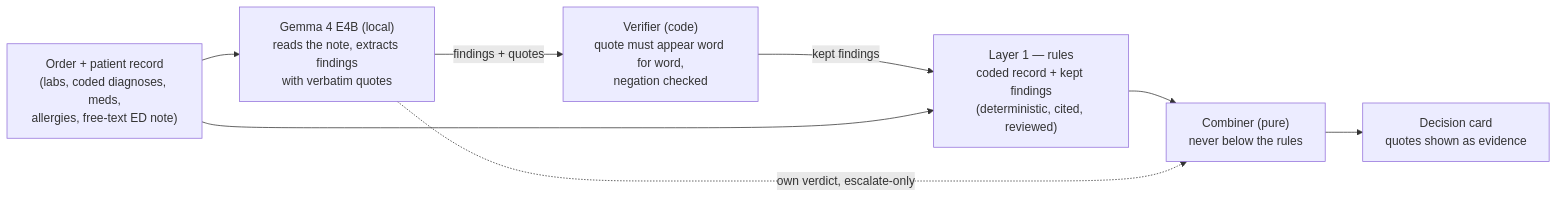
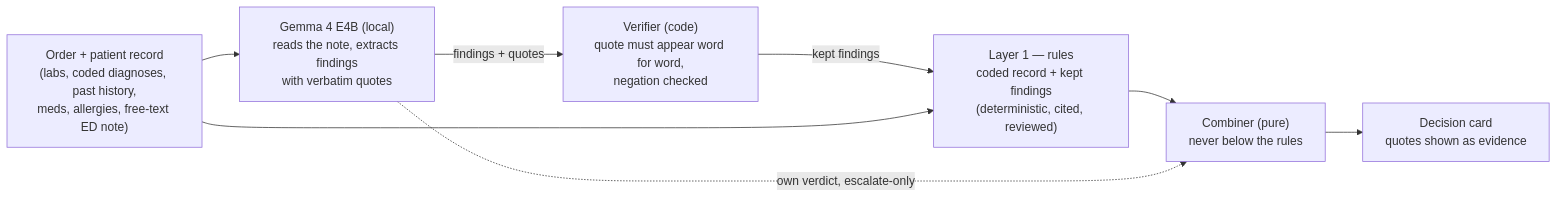
The diagram in README.md (adricasi/OpenMedCheck), drawn with Mermaid before and after one commit. The commit also changed other lines of this file and 1 other file, not shown here.

First line of the commit message:
docs: past medical history in README, post and progress (REQ-016)

````diff
--- a/README.md
+++ b/README.md
@@ -78,10 +85,10 @@
 ```mermaid
 flowchart LR
-    O["Order + patient record<br/>(labs, coded diagnoses, meds,<br/>allergies, free-text ED note)"] --> G
+    O["Order + patient record<br/>(labs, coded diagnoses, past history,<br/>meds, allergies, free-text ED note)"] --> G
     G["Gemma 4 E4B (local)<br/>reads the note, extracts findings<br/>with verbatim quotes"] -- findings + quotes --> V
     V["Verifier (code)<br/>quote must appear word for word,<br/>negation checked"] -- kept findings --> R
     O --> R["Layer 1 — rules<br/>coded record + kept findings<br/>(deterministic, cited, reviewed)"]
     R --> C["Combiner (pure)<br/>never below the rules"]
     G -. own verdict, escalate-only .-> C
     C --> D["Decision card<br/>quotes shown as evidence"]
 ```
````
